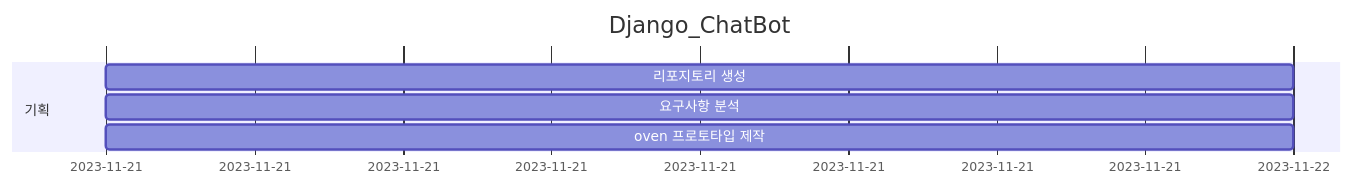
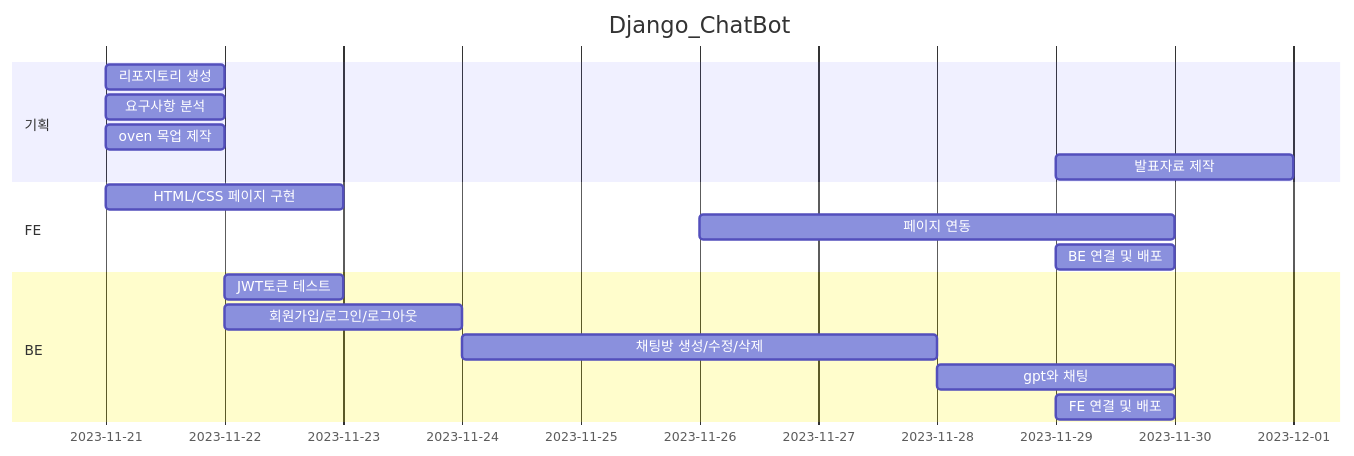
Before and after one commit to Ko-udon/Django_ChatBot: the diagram in README.md, drawn with Mermaid.

Commit message:
WBS 작성완료

````diff
--- a/README.md
+++ b/README.md
@@ -57,17 +57,22 @@
 ``` mermaid
 gantt
     title Django_ChatBot
     dateFormat YY-MM-DD
     section 기획
         리포지토리 생성 :2023-11-21, 1d
         요구사항 분석 :2023-11-21, 1d
-        oven 프로토타입 제작 :2023-11-21, 1d
-  
-
-    section 디자인
-
+        oven 목업 제작 :2023-11-21, 1d
+        발표자료 제작 : 2023-11-29, 2d
     section FE
-
+	HTML/CSS 페이지 구현 :2023-11-21, 2d
+	페이지 연동 :2023-11-26, 4d
+	BE 연결 및 배포 :2023-11-29, 1d
     section BE
+	JWT토큰 테스트 :2023-11-22, 1d
+	회원가입/로그인/로그아웃 :2023-11-22, 2d
+	채팅방 생성/수정/삭제 :2023-11-24, 4d
+	gpt와 채팅 :2023-11-28, 2d
+	FE 연결 및 배포 :2023-11-29, 1d
+    section 발표자료 제작
 
 ```
````
